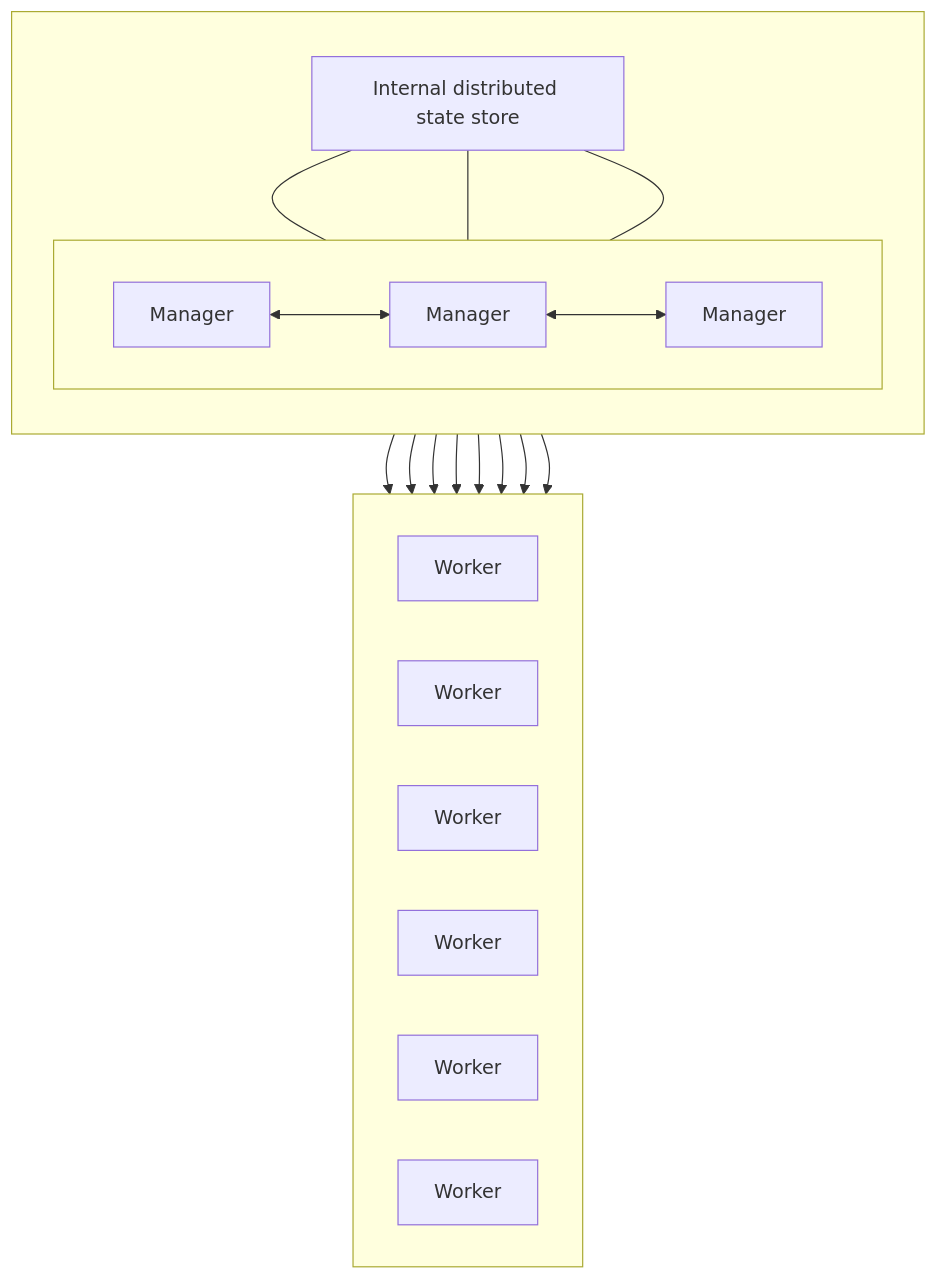
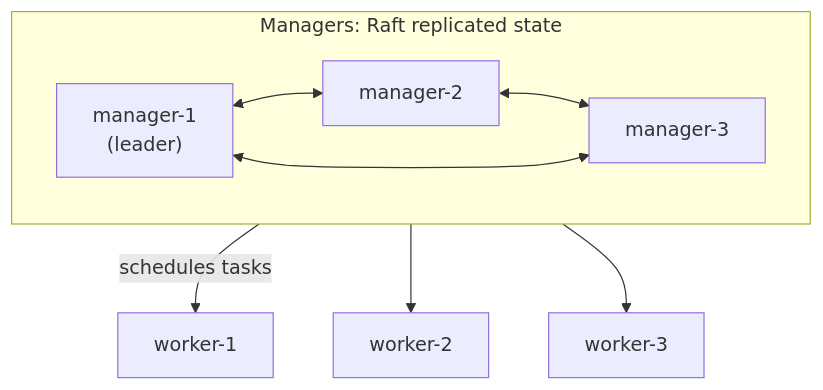
One commit to e-choness/portfolio-site changed the first of 2 diagrams in _posts/2025-07-17-chapter-1-11-docker-swarm.md. Above: the diagram before and after it, drawn with Mermaid. The commit also changed other lines of this file and 72 other files, not shown here.

````diff
--- a/_posts/2025-07-17-chapter-1-11-docker-swarm.md
+++ b/_posts/2025-07-17-chapter-1-11-docker-swarm.md
@@ -26,40 +23,12 @@
 ```mermaid
 flowchart TB
-    subgraph managers_zone[" "]
-        direction TB
-        state_store["Internal distributed state store"]
-        
-        subgraph managers[" "]
-            direction LR
-            M1["Manager"]
-            M2["Manager"]
-            M3["Manager"]
-        end
-        
-        state_store --- M1
-        state_store --- M2
-        state_store --- M3
-        
-        M1 <--> M2
-        M2 <--> M3
-    end
-    
-    subgraph workers_zone[" "]
-        direction LR
-        W1["Worker"]
-        W2["Worker"]
-        W3["Worker"]
-        W4["Worker"]
-        W5["Worker"]
-        W6["Worker"]
-    end
-    
-    M1 --> W1
-    M1 --> W2
-    M2 --> W3
-    M2 --> W4
-    M2 --> W5
-    M3 --> W4
-    M3 --> W5
-    M3 --> W6
+  subgraph M["Managers: Raft replicated state"]
+    direction LR
+    M1["manager-1<br/>(leader)"] <--> M2[manager-2]
+    M2 <--> M3[manager-3]
+    M1 <--> M3
+  end
+  M1 -- "schedules tasks" --> W1[worker-1]
+  M1 --> W2[worker-2]
+  M1 --> W3[worker-3]
 ```
````
